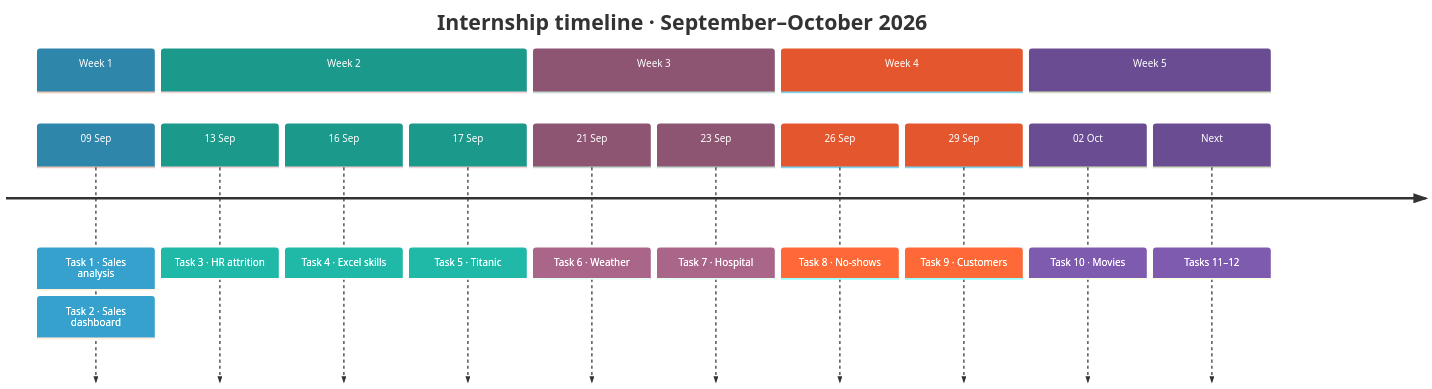
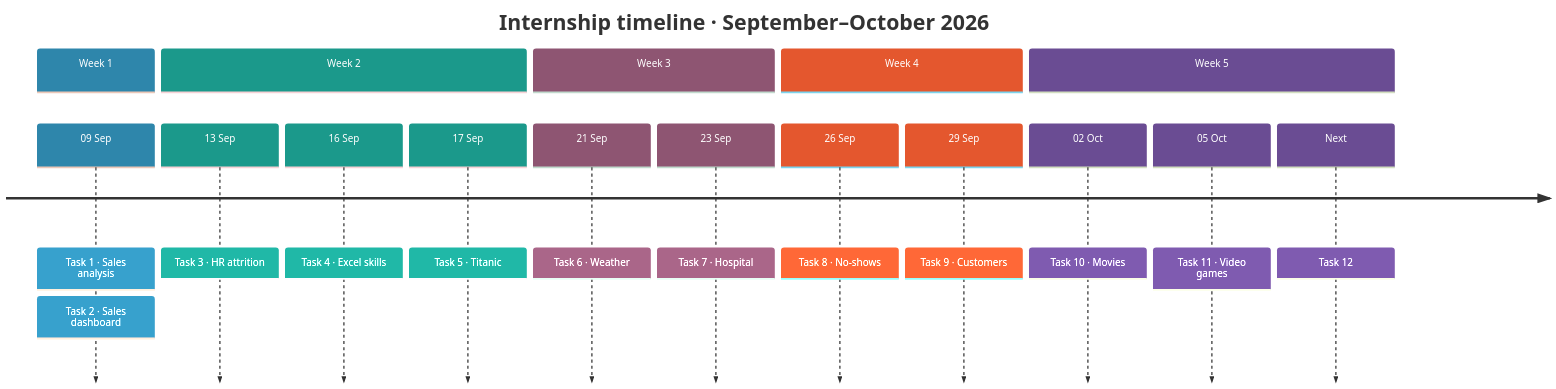
The first of 2 diagrams in README.md (Nahla-Nabil/data-analyst-tasks), drawn with Mermaid before and after one commit. The commit also changed other lines of this file and 39 other files, not shown here.

Commit message:
Task 11: Video game industry - cleaning, analysis and an Excel dashboard with pivots, slicers and timeline; add Task 11 to the README (11/12)

````diff
--- a/README.md
+++ b/README.md
@@ -60,20 +60,21 @@
 ```mermaid
 %%{init: {'theme':'base','themeVariables':{'cScale0':'#2E86AB','cScale1':'#1B998B','cScale2':'#8E5572','cScale3':'#E4572E','cScale4':'#6A4C93','cScaleLabel0':'#ffffff','cScaleLabel1':'#ffffff','cScaleLabel2':'#ffffff','cScaleLabel3':'#ffffff','cScaleLabel4':'#ffffff'}}}%%
 timeline
     title Internship timeline · September–October 2026
     section Week 1
         09 Sep : Task 1 · Sales analysis : Task 2 · Sales dashboard
     section Week 2
         13 Sep : Task 3 · HR attrition
         16 Sep : Task 4 · Excel skills
         17 Sep : Task 5 · Titanic
     section Week 3
         21 Sep : Task 6 · Weather
         23 Sep : Task 7 · Hospital
     section Week 4
         26 Sep : Task 8 · No-shows
         29 Sep : Task 9 · Customers
     section Week 5
         02 Oct : Task 10 · Movies
-        Next : Tasks 11–12
+        05 Oct : Task 11 · Video games
+        Next : Task 12
 ```
````
